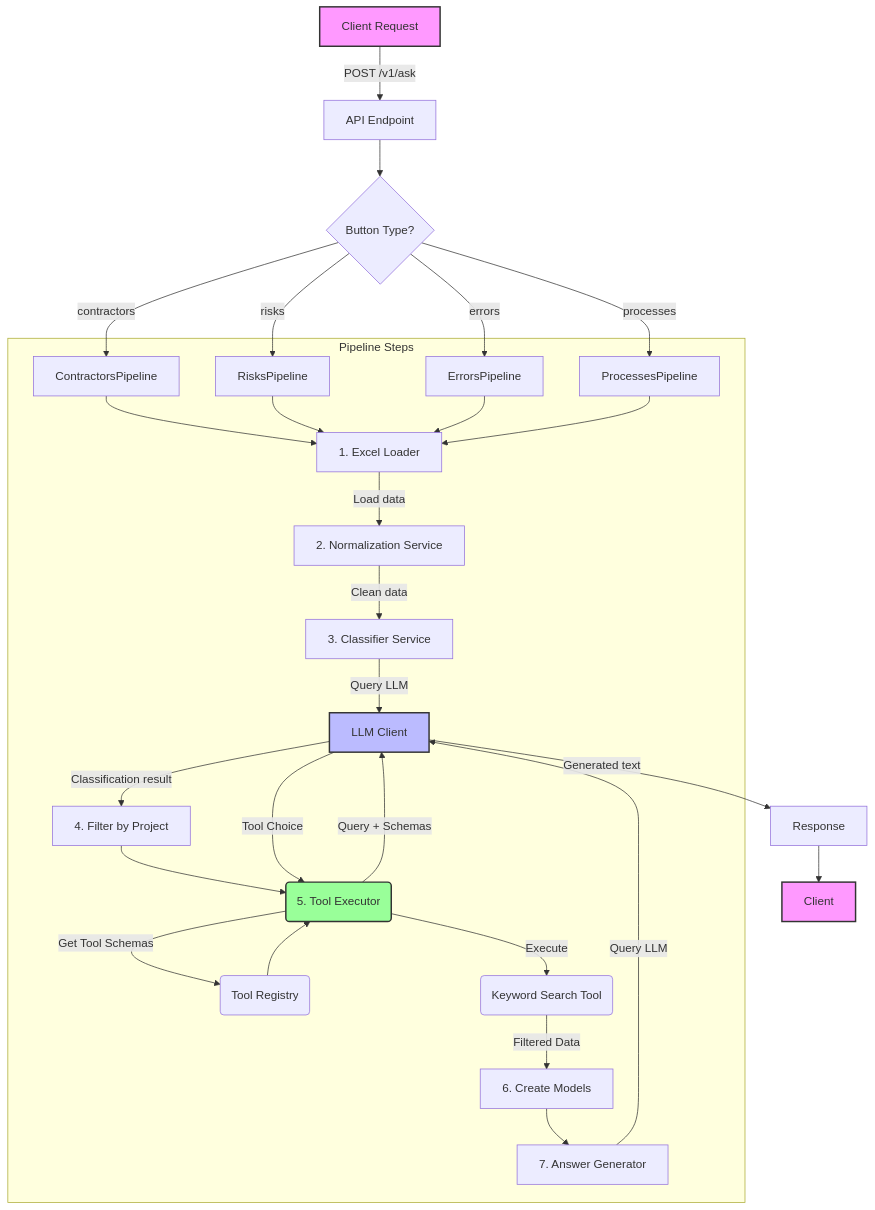
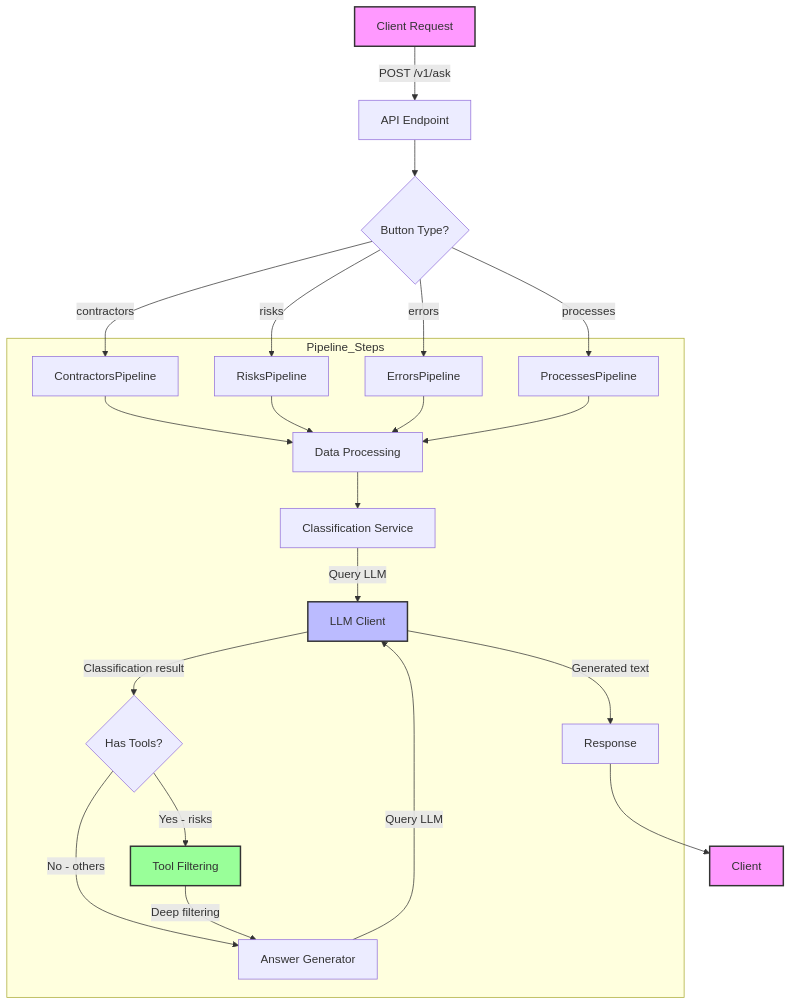
The diagram in flow-diagram.mermaid (Maskedxxx/dup_ai), drawn with Mermaid before and after one commit. The commit also changed 8 other files, not shown here.

```diff
--- a/flow-diagram.mermaid
+++ b/flow-diagram.mermaid
@@ -1,39 +1,32 @@
 graph TD
     A[Client Request] -->|POST /v1/ask| B[API Endpoint]
     B --> C{Button Type?}
-    
     C -->|contractors| D1[ContractorsPipeline]
     C -->|risks| D2[RisksPipeline]
-    C -->|errors| D3[ErrorsPipeline] 
+    C -->|errors| D3[ErrorsPipeline]
     C -->|processes| D4[ProcessesPipeline]
-    
-    subgraph Pipeline Steps
-        D1 --> E[1. Excel Loader]
+
+    subgraph Pipeline_Steps
+        D1 --> E[Data Processing]
         D2 --> E
         D3 --> E
         D4 --> E
+
+        E --> F[Classification Service]
+        F -->|Query LLM| H[LLM Client]
+        H -->|Classification result| G{Has Tools?}
         
-        E -->|Load data| F[2. Normalization Service]
-        F -->|Clean data| G[3. Classifier Service]
+        G -->|Yes - risks| I[Tool Filtering]
+        G -->|No - others| J[Answer Generator]
         
-        G -->|Query LLM| H[LLM Client]
-        H -->|Classification result| I[4. Filter by Project]
-        
-        I --> J(5. Tool Executor)
-        J -->|Get Tool Schemas| K(Tool Registry)
-        K --> J
-        J -->|Query + Schemas| H
-        H -->|Tool Choice| J
-        J -->|Execute| L(Keyword Search Tool)
-        L -->|Filtered Data| M[6. Create Models]
-        M --> N[7. Answer Generator]
-        N -->|Query LLM| H
+        I -->|Deep filtering| J
+        J -->|Query LLM| H
+        H -->|Generated text| S[Response]
     end
-    
-    H -->|Generated text| O[Response]
-    O --> P[Client]
-    
+
+    S --> T[Client]
+
     style A fill:#f9f,stroke:#333,stroke-width:2px
-    style P fill:#f9f,stroke:#333,stroke-width:2px
+    style T fill:#f9f,stroke:#333,stroke-width:2px
     style H fill:#bbf,stroke:#333,stroke-width:2px
-    style J fill:#9f9,stroke:#333,stroke-width:2px
+    style I fill:#9f9,stroke:#333,stroke-width:2px
```
